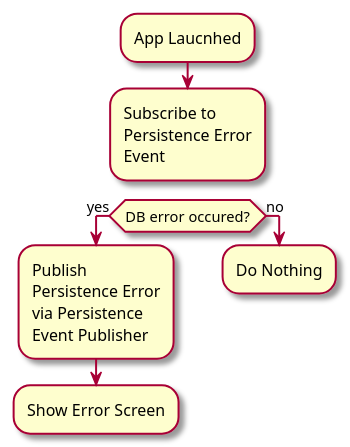
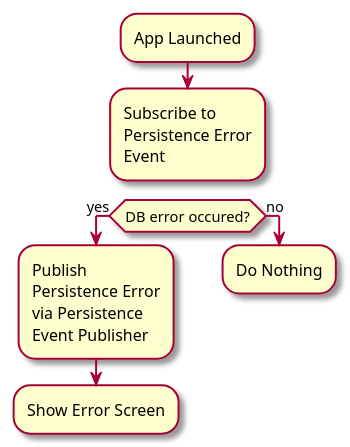
The diagram in diagrams/DatabaseErrorWorkflowUML.puml (vl1021/pumlcharts), drawn with PlantUML before and after one commit. The commit also changed 1 other file, not shown here.

```diff
--- a/diagrams/DatabaseErrorWorkflowUML.puml
+++ b/diagrams/DatabaseErrorWorkflowUML.puml
@@ -1,14 +1,14 @@
 @startuml
 skin rose
-:App Laucnhed; 
+:App Launched; 
 :Subscribe to\nPersistence Error\nEvent;
 detach
 if (DB error occured?) then (yes)
     :Publish\nPersistence Error\nvia Persistence\nEvent Publisher ;  
       :Show Error Screen;
       kill
   
 else (no)
   :Do Nothing; 
   kill
 @enduml
```
